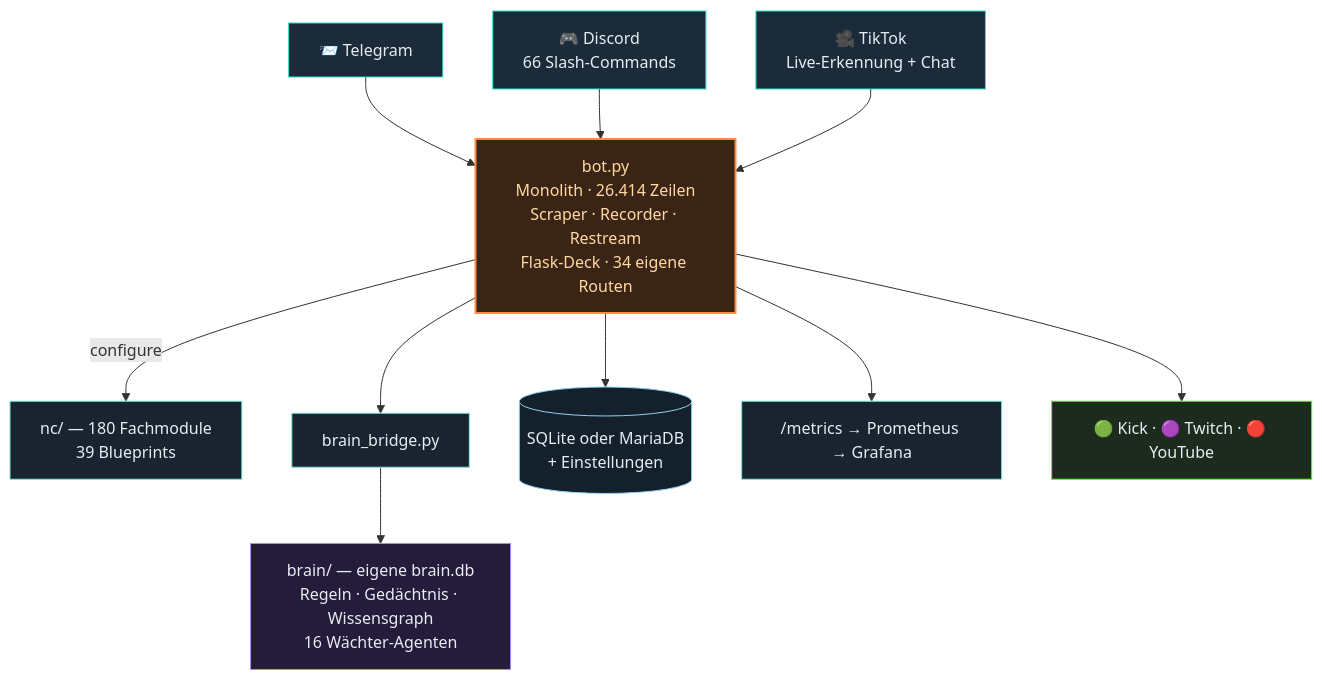
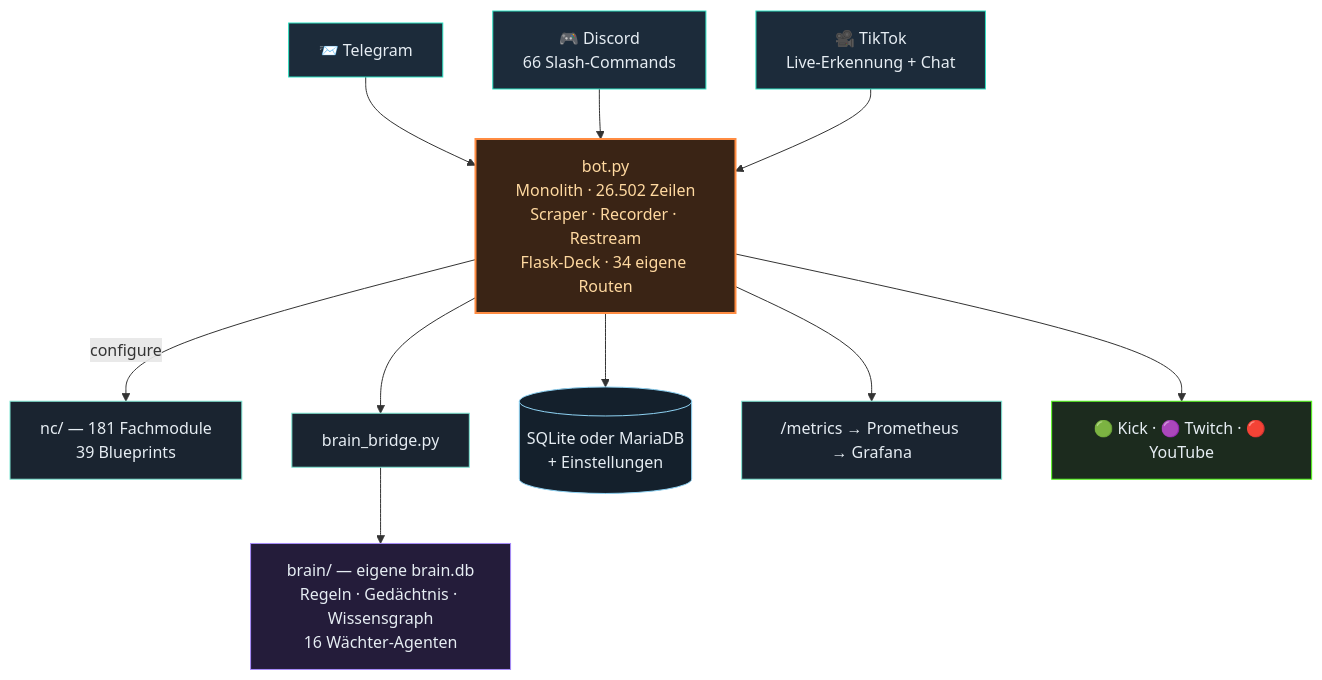
One commit to itsamemedev/Telegram-Stream-Info-Bot changed the second of 3 diagrams in README.md. Above: the diagram before and after it, drawn with Mermaid. The commit also changed other lines of this file and 16 other files, not shown here.

````diff
--- a/README.md
+++ b/README.md
@@ -118,19 +118,19 @@
 ```mermaid
 flowchart TB
     TG["📨 Telegram"]:::ein --> BOT
     DC["🎮 Discord<br/>66 Slash-Commands"]:::ein --> BOT
     TT["🎥 TikTok<br/>Live-Erkennung + Chat"]:::ein --> BOT
-    BOT["bot.py<br/>Monolith · 26.414 Zeilen<br/>Scraper · Recorder · Restream<br/>Flask-Deck · 34 eigene Routen"]:::core
-    BOT -->|configure| NC["nc/ — 180 Fachmodule<br/>39 Blueprints"]:::lib
+    BOT["bot.py<br/>Monolith · 26.502 Zeilen<br/>Scraper · Recorder · Restream<br/>Flask-Deck · 34 eigene Routen"]:::core
+    BOT -->|configure| NC["nc/ — 181 Fachmodule<br/>39 Blueprints"]:::lib
     BOT --> BR["brain_bridge.py"]:::lib
     BR --> BRAIN["brain/ — eigene brain.db<br/>Regeln · Gedächtnis · Wissensgraph<br/>16 Wächter-Agenten"]:::brain
     BOT --> DB[("SQLite oder MariaDB<br/>+ Einstellungen")]:::db
     BOT --> PROM["/metrics → Prometheus → Grafana"]:::lib
     BOT --> OUT["🟢 Kick · 🟣 Twitch · 🔴 YouTube"]:::out
     classDef ein fill:#1c2b3a,stroke:#2de1c2,color:#e6edf3
     classDef core fill:#3a2415,stroke:#ff8c42,stroke-width:2px,color:#ffd9a0
     classDef lib fill:#1a2430,stroke:#7fe7d4,color:#e6edf3
     classDef brain fill:#241c3a,stroke:#a78bfa,color:#e6edf3
     classDef db fill:#14202c,stroke:#8fd3f4,color:#e6edf3
     classDef out fill:#1c2b1e,stroke:#53fc18,color:#e6edf3
 ```
````
